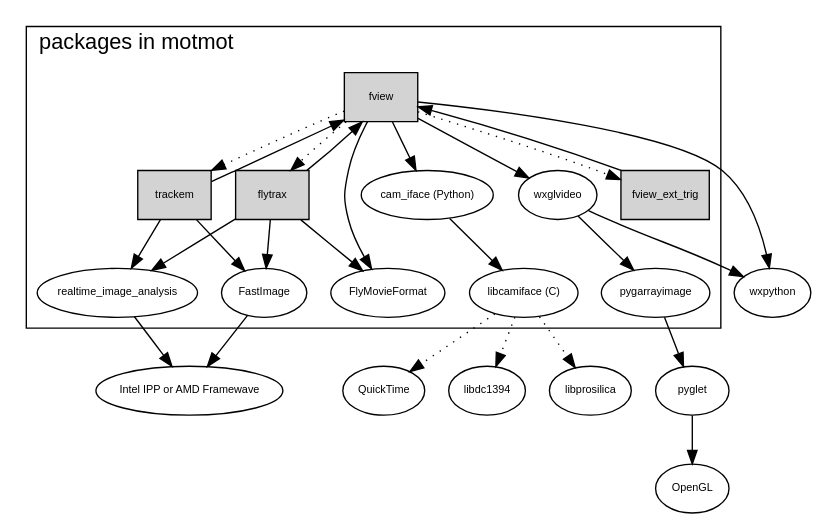
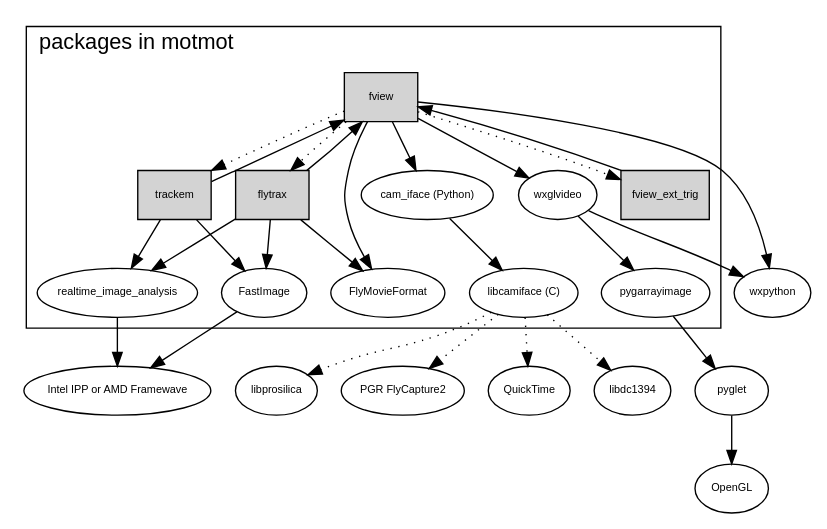
One commit to motmot/doc changed the diagram in source/motmot.dot. Above: the diagram before and after it, drawn with Graphviz.

Commit message:
docs: add note about libcamiface support for PGR FlyCapture2

```diff
--- a/source/motmot.dot
+++ b/source/motmot.dot
@@ -1,70 +1,72 @@
 digraph G {
   graph [
          fontsize=16
           fontname = "Arial"
           ];
   node [
           fontsize=8
           fontname = "Arial"
           ];
 
   subgraph cluster0 {
     cam_iface -> libcamiface;
     fview -> cam_iface;
     flytrax -> fview;
     fview_ext_trig -> fview;
     fview -> fview_ext_trig [style=dotted];
     wxglvideo -> pygarrayimage;
     fview -> wxglvideo;
     flytrax -> realtime_image_analysis;
     flytrax -> fastimage;
     fview -> FlyMovieFormat;
     flytrax -> FlyMovieFormat;
     fview -> flytrax [style=dotted];
     trackem -> fastimage;
     trackem -> realtime_image_analysis;
     fview -> trackem [style=dotted];
     trackem -> fview;
     labeljust=l;
     label = "packages in motmot";
   }
 
   libcamiface -> quicktime [style=dotted];
   libcamiface -> libdc1394 [style=dotted];
   libcamiface -> libprosilica [style=dotted];
+  libcamiface -> flycap2 [style=dotted];
   wxglvideo -> wxpython;
   fview -> wxpython;
   pyglet -> opengl;
   pygarrayimage -> pyglet;
   realtime_image_analysis -> ipp;
   fastimage -> ipp;
 
   libcamiface [label="libcamiface (C)"];
   cam_iface [label="cam_iface (Python)"];
 
   fastimage [label="FastImage"];
 
   quicktime [label="QuickTime", URL="http://www.apple.com/quicktime/"];
   libdc1394 [label="libdc1394", 
              URL="http://damien.douxchamps.net/ieee1394/libdc1394/"];
   libprosilica [label="libprosilica",
                 URL="http://www.prosilica.com/"];
   ipp [label="Intel IPP or AMD Framewave", URL="http://intel.com/software/products/ipp"];
+  flycap2 [label="PGR FlyCapture2", URL="http://www.ptgrey.com/products/pgrflycapture/index.asp"];
   opengl [label="OpenGL",
           URL="http://opengl.org/"];
   pyglet [URL="http://www.pyglet.org/"];
   wxpython [URL="http://www.wxpython.org/"];
 
   libcamiface [URL="http://code.astraw.com/projects/motmot/libcamiface.html"];
   cam_iface [URL="http://code.astraw.com/projects/motmot/cam_iface.html"]
   fview [shape=box,style=filled,
          URL="http://code.astraw.com/projects/motmot/fview.html"];
   trackem [shape=box,style=filled];
   flytrax [shape=box,style=filled];
   fview_ext_trig [shape=box,style=filled,
               URL="http://code.astraw.com/projects/motmot/camtrig/OVERVIEW.html"];
   wxglvideo [URL="http://code.astraw.com/projects/motmot/wxglvideo.html"];
   pygarrayimage [URL="http://code.astraw.com/projects/motmot/pygarrayimage.html"];
   flytrax [URL="http://code.astraw.com/projects/motmot/flytrax.html"];
   FlyMovieFormat [URL="http://code.astraw.com/projects/motmot/fly-movie-format.html"];
 }
```
